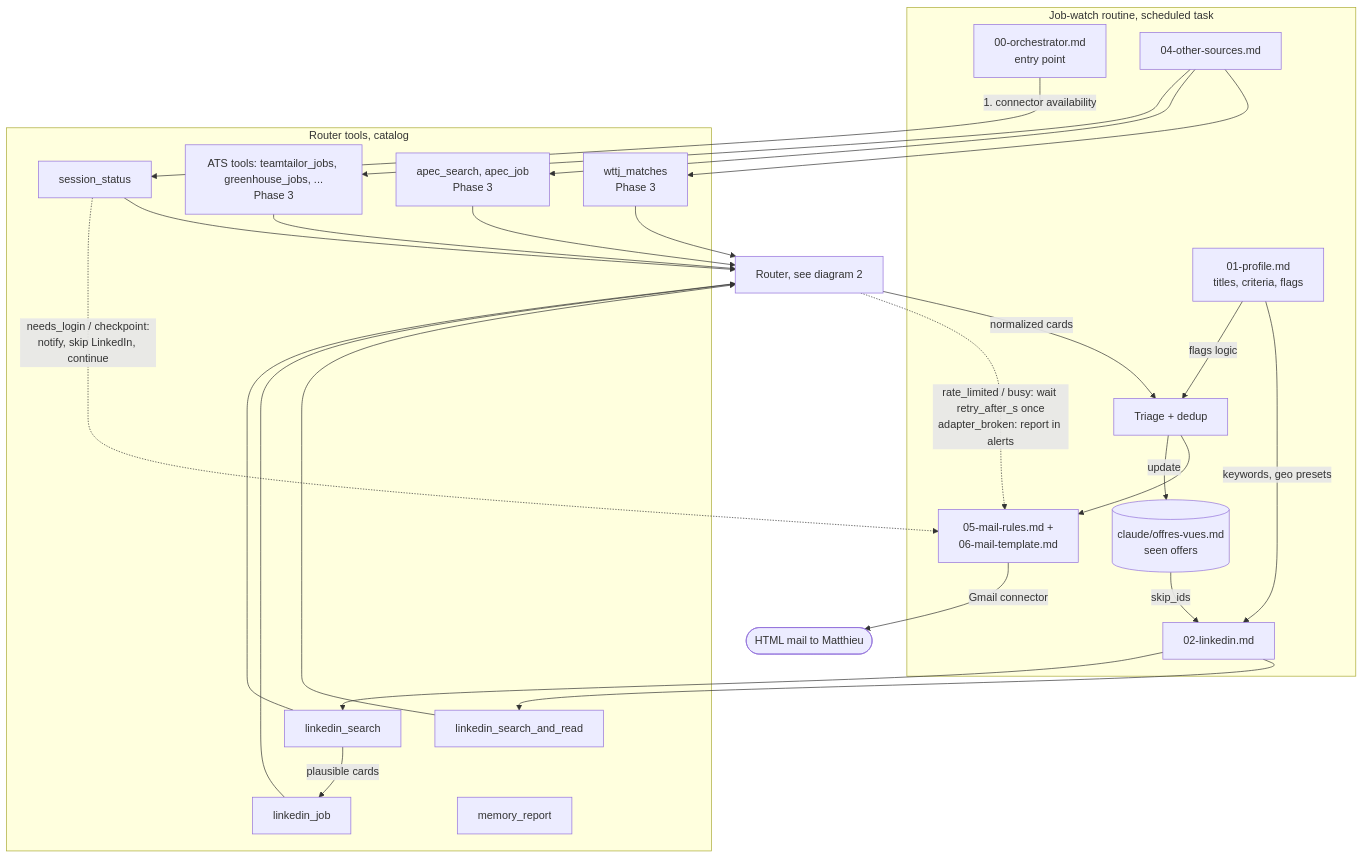
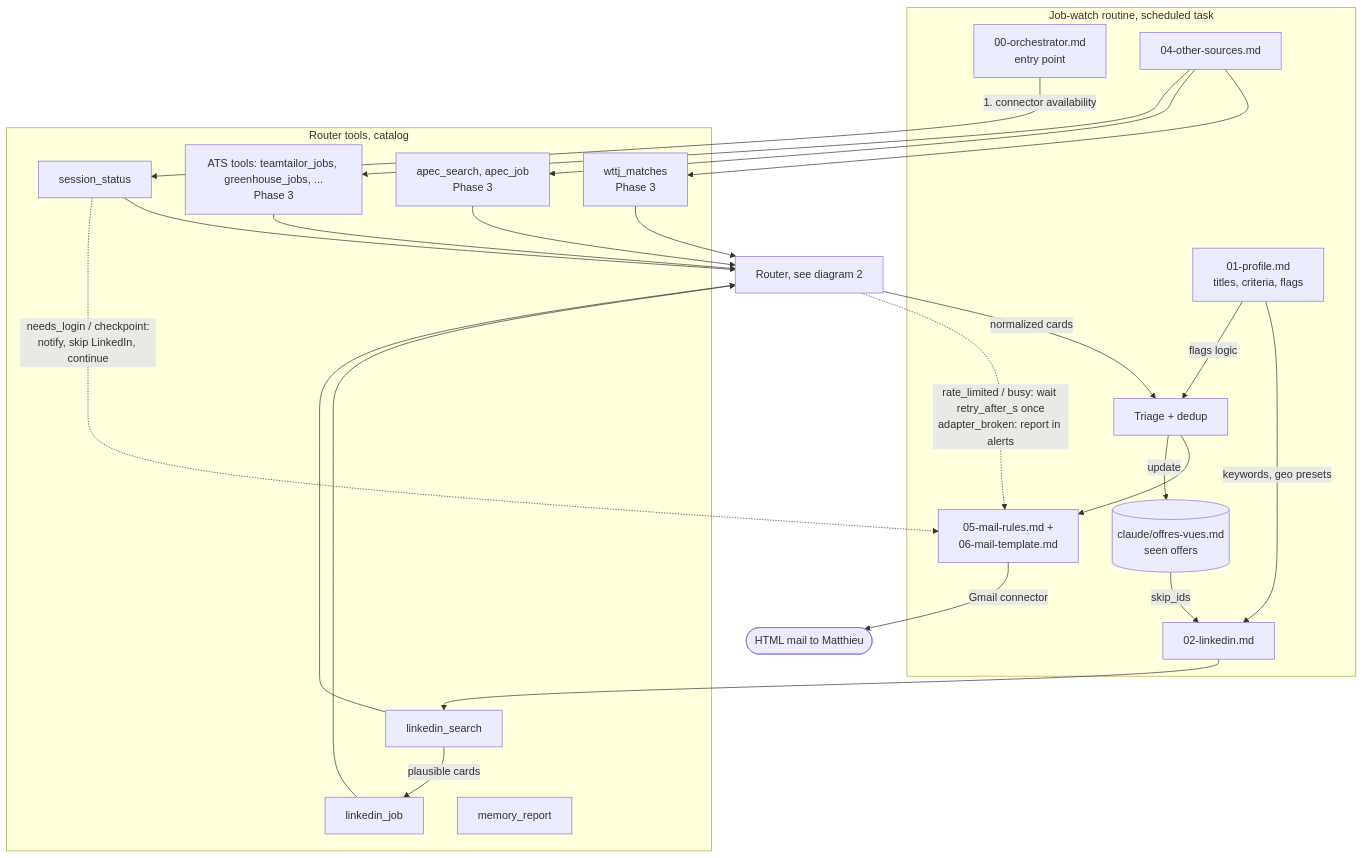
The fifth of 7 diagrams in docs/plans/16-architecture-diagrams.md (notcheu/jobwatch-mcp), drawn with Mermaid before and after one commit. The commit also changed 18 other files, not shown here.

Commit message:
refactor(adapters): merge the list-only search tools into the search-and-read tools

````diff
--- a/docs/plans/16-architecture-diagrams.md
+++ b/docs/plans/16-architecture-diagrams.md
@@ -188,43 +188,41 @@
 ```mermaid
 flowchart TB
   subgraph Routine["Job-watch routine, scheduled task"]
     Orch["00-orchestrator.md<br/>entry point"]
     Prof["01-profile.md<br/>titles, criteria, flags"]
     LIs["02-linkedin.md"]
     Oth["04-other-sources.md"]
     Mem[("claude/offres-vues.md<br/>seen offers")]
     Triage["Triage + dedup"]
     Mail["05-mail-rules.md +<br/>06-mail-template.md"]
   end
 
   subgraph Tools["Router tools, catalog"]
     SS["session_status"]
     LS["linkedin_search"]
     LJ["linkedin_job"]
-    LSR["linkedin_search_and_read"]
     WM["wttj_matches<br/>Phase 3"]
     AS["apec_search, apec_job<br/>Phase 3"]
     AJ["ATS tools: teamtailor_jobs, greenhouse_jobs, ...<br/>Phase 3"]
     MR["memory_report"]
   end
 
   Orch -- "1. connector availability" --> SS
   Prof -- "keywords, geo presets" --> LIs
   Mem -- "skip_ids" --> LIs
-  LIs --> LSR
   LIs --> LS
   LS -- "plausible cards" --> LJ
   Oth --> WM
   Oth --> AS
   Oth --> AJ
 
-  SS & LSR & LS & LJ & WM & AS & AJ --> RouterBox["Router, see diagram 2"]
+  SS & LS & LJ & WM & AS & AJ --> RouterBox["Router, see diagram 2"]
   RouterBox -- "normalized cards" --> Triage
   Prof -- "flags logic" --> Triage
   Triage --> Mail
   Triage -- "update" --> Mem
   Mail -- "Gmail connector" --> Out(["HTML mail to Matthieu"])
 
   SS -. "needs_login / checkpoint:<br/>notify, skip LinkedIn, continue" .-> Mail
   RouterBox -. "rate_limited / busy: wait retry_after_s once<br/>adapter_broken: report in alerts" .-> Mail
 ```
````
